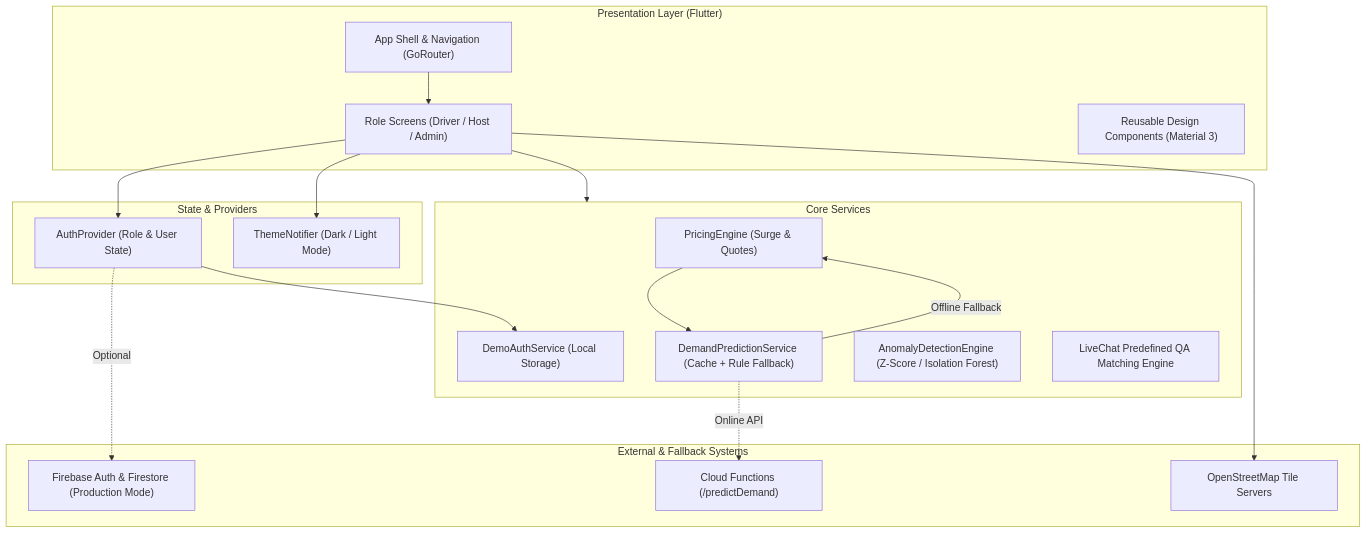
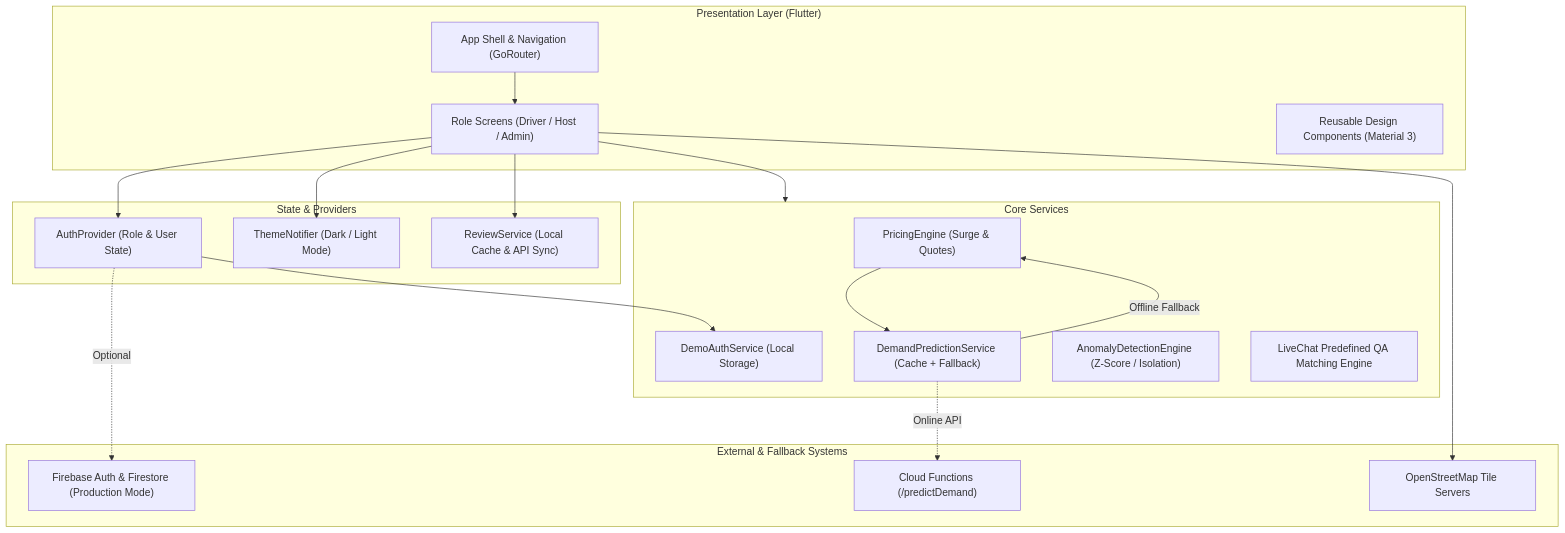
Before and after one commit to jahnavireddy18/Voltshare: the fourth of 4 diagrams in README.md, drawn with Mermaid. The commit also changed other lines of this file, not shown here.

````diff
--- a/README.md
+++ b/README.md
@@ -199,38 +191,40 @@
 ```mermaid
 graph TD
     subgraph UI ["Presentation Layer (Flutter)"]
         Shell["App Shell & Navigation (GoRouter)"]
         Screens["Role Screens (Driver / Host / Admin)"]
         Widgets["Reusable Design Components (Material 3)"]
     end
 
     subgraph State ["State & Providers"]
         AuthProv["AuthProvider (Role & User State)"]
         ThemeProv["ThemeNotifier (Dark / Light Mode)"]
+        ReviewServ["ReviewService (Local Cache & API Sync)"]
     end
 
     subgraph CoreServices ["Core Services"]
         DemoAuth["DemoAuthService (Local Storage)"]
         PricingEng["PricingEngine (Surge & Quotes)"]
-        DemandServ["DemandPredictionService (Cache + Rule Fallback)"]
-        AnomalyEng["AnomalyDetectionEngine (Z-Score / Isolation Forest)"]
+        DemandServ["DemandPredictionService (Cache + Fallback)"]
+        AnomalyEng["AnomalyDetectionEngine (Z-Score / Isolation)"]
         ChatEngine["LiveChat Predefined QA Matching Engine"]
     end
 
     subgraph External ["External & Fallback Systems"]
         FirebaseSDK["Firebase Auth & Firestore (Production Mode)"]
         CloudFunc["Cloud Functions (/predictDemand)"]
         OSM["OpenStreetMap Tile Servers"]
     end
 
     Shell --> Screens
     Screens --> AuthProv
     Screens --> ThemeProv
+    Screens --> ReviewServ
     Screens --> CoreServices
     AuthProv --> DemoAuth
     AuthProv -.->|Optional| FirebaseSDK
     PricingEng --> DemandServ
     DemandServ -.->|Online API| CloudFunc
     DemandServ -->|Offline Fallback| PricingEng
     Screens --> OSM
 ```
````
